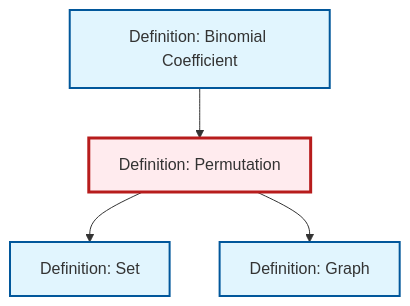
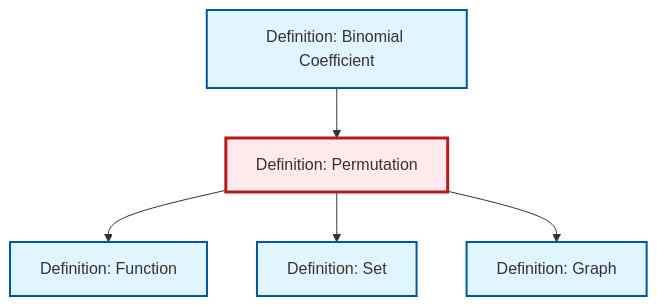
One commit to RK0429/ModernMath changed the diagram in content/en/combinatorics/def-permutation.qmd. Above: the diagram before and after it, drawn with Mermaid. The commit also changed 554 other files, not shown here.

````diff
--- a/content/en/combinatorics/def-permutation.qmd
+++ b/content/en/combinatorics/def-permutation.qmd
@@ -53,20 +53,23 @@
 ```{mermaid}
 %%| fig-cap: "Local dependency graph"
 graph TD
     classDef definition fill:#e1f5fe,stroke:#01579b,stroke-width:2px
     classDef theorem fill:#f3e5f5,stroke:#4a148c,stroke-width:2px
     classDef axiom fill:#fff3e0,stroke:#e65100,stroke-width:2px
     classDef example fill:#e8f5e9,stroke:#1b5e20,stroke-width:2px
     classDef current fill:#ffebee,stroke:#b71c1c,stroke-width:3px
     def-binomial-coefficient["Definition: Binomial Coefficient"]:::definition
+    def-set["Definition: Set"]:::definition
+    def-function["Definition: Function"]:::definition
+    def-permutation["Definition: Permutation"]:::definition
     def-graph["Definition: Graph"]:::definition
-    def-set["Definition: Set"]:::definition
-    def-permutation["Definition: Permutation"]:::definition
+    def-permutation --> def-function
     def-permutation --> def-set
+    def-permutation --> def-graph
     def-binomial-coefficient --> def-permutation
-    def-permutation --> def-graph
     class def-permutation current
     click def-binomial-coefficient "def-binomial-coefficient.html" "Go to Binomial Coefficient definition"
+    click def-set "def-set.html" "Go to Set definition"
+    click def-function "def-function.html" "Go to Function definition"
     click def-graph "def-graph.html" "Go to Graph definition"
-    click def-set "def-set.html" "Go to Set definition"
 ```
````
